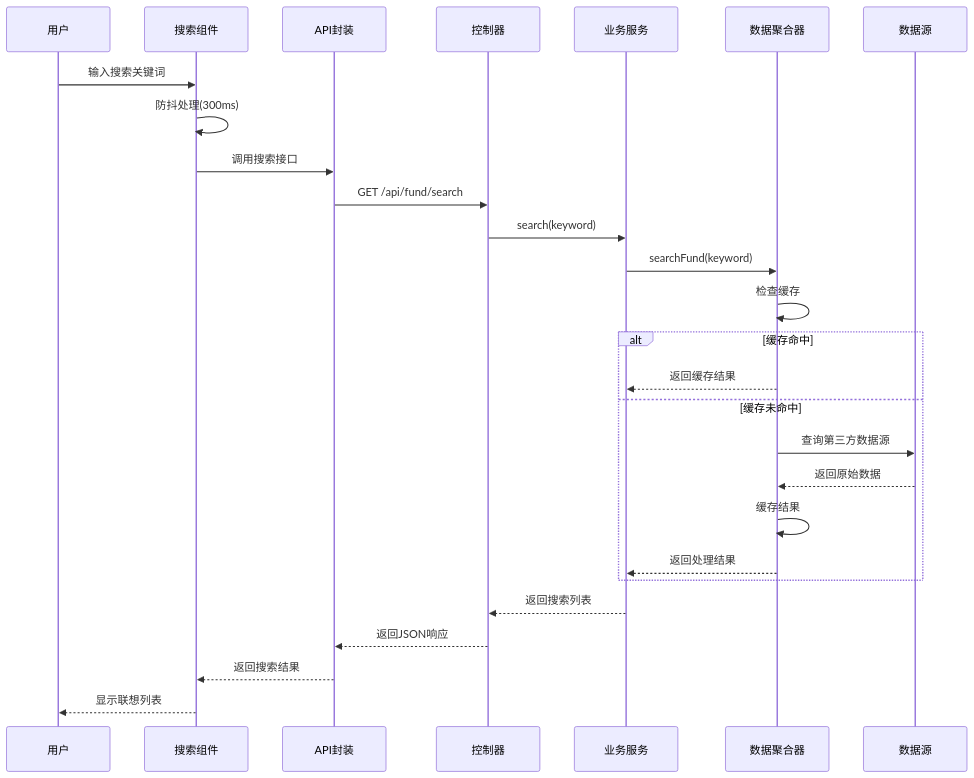
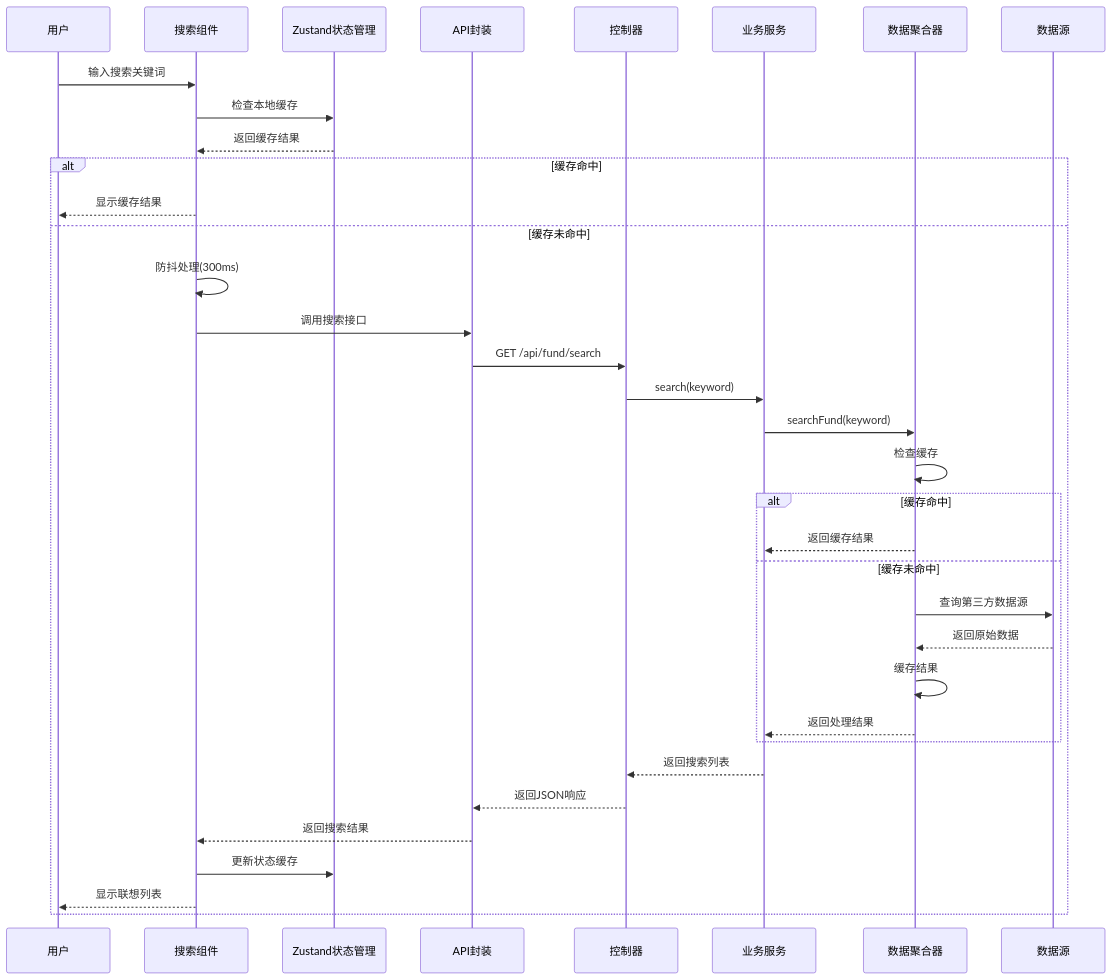
One commit to gree-coder/fund-butler changed the second of 8 diagrams in .qoder/repowiki/zh/content/核心功能开发/搜索功能优化.md. Above: the diagram before and after it, drawn with Mermaid. The commit also changed other lines of this file and 11 other files, not shown here.

````diff
--- a/.qoder/repowiki/zh/content/核心功能开发/搜索功能优化.md
+++ b/.qoder/repowiki/zh/content/核心功能开发/搜索功能优化.md
@@ -109,29 +119,37 @@
 ```mermaid
 sequenceDiagram
 participant User as 用户
 participant SearchBar as 搜索组件
+participant Store as Zustand状态管理
 participant API as API封装
 participant Controller as 控制器
 participant Service as 业务服务
 participant Aggregator as 数据聚合器
 participant DataSource as 数据源
 User->>SearchBar : 输入搜索关键词
+SearchBar->>Store : 检查本地缓存
+Store-->>SearchBar : 返回缓存结果
+alt 缓存命中
+SearchBar-->>User : 显示缓存结果
+else 缓存未命中
 SearchBar->>SearchBar : 防抖处理(300ms)
 SearchBar->>API : 调用搜索接口
 API->>Controller : GET /api/fund/search
 Controller->>Service : search(keyword)
 Service->>Aggregator : searchFund(keyword)
 Aggregator->>Aggregator : 检查缓存
 alt 缓存命中
 Aggregator-->>Service : 返回缓存结果
 else 缓存未命中
 Aggregator->>DataSource : 查询第三方数据源
 DataSource-->>Aggregator : 返回原始数据
 Aggregator->>Aggregator : 缓存结果
 Aggregator-->>Service : 返回处理结果
 end
 Service-->>Controller : 返回搜索列表
 Controller-->>API : 返回JSON响应
 API-->>SearchBar : 返回搜索结果
+SearchBar->>Store : 更新状态缓存
 SearchBar-->>User : 显示联想列表
+end
 ```
````
